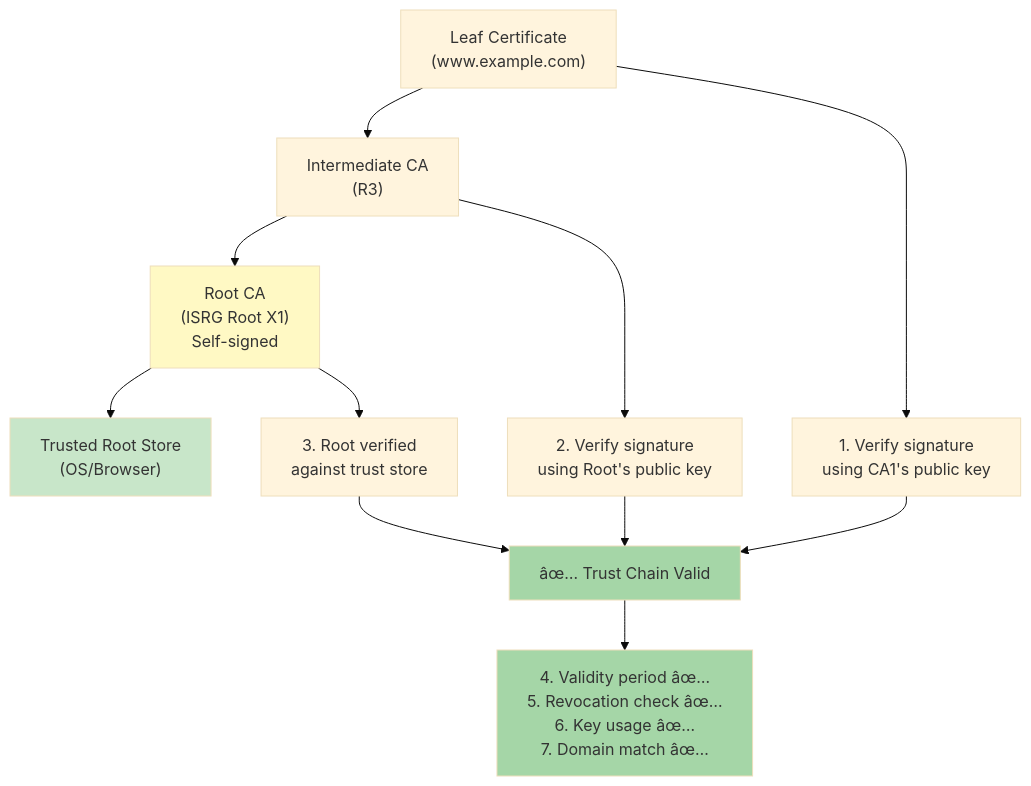
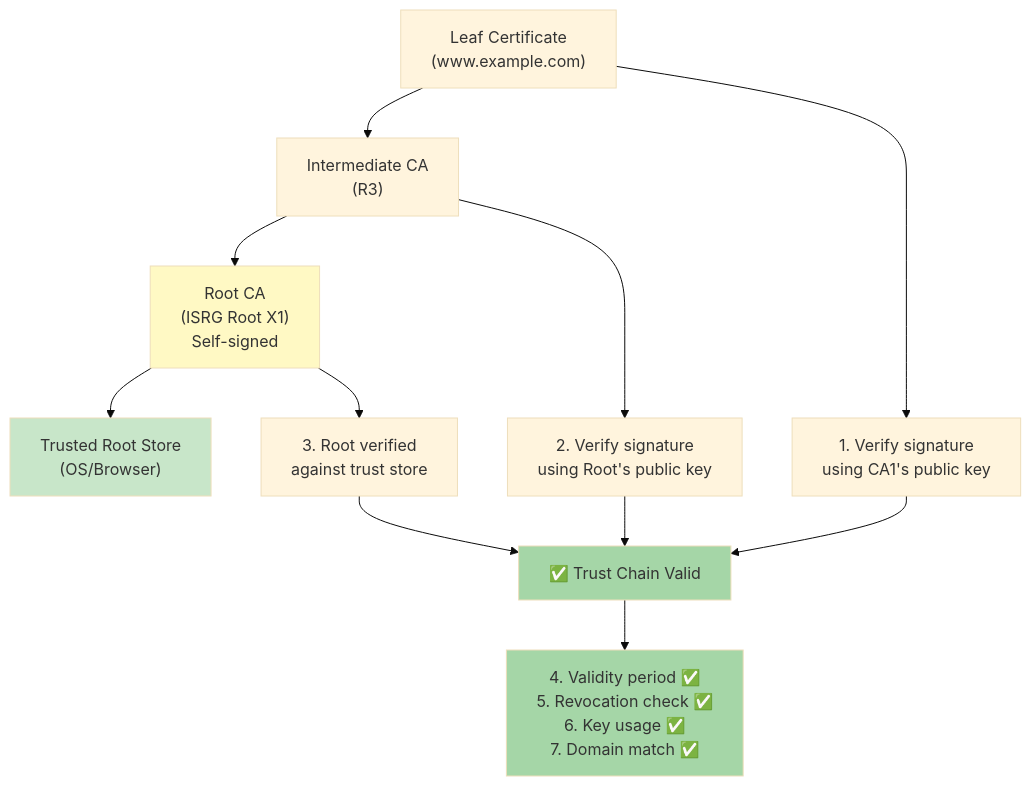
The second of 4 diagrams in docs/courses/information-security/04-digital-signatures-pki.md (Raushan666java/ai-engineering-journey), drawn with Mermaid (base theme) before and after one commit. The commit also changed other lines of this file and 965 other files, not shown here.

````diff
--- a/docs/courses/information-security/04-digital-signatures-pki.md
+++ b/docs/courses/information-security/04-digital-signatures-pki.md
@@ -171,17 +171,17 @@
 ```mermaid
 flowchart TD
     Leaf["Leaf Certificate<br/>(www.example.com)"] --> CA1["Intermediate CA<br/>(R3)"]
     CA1 --> Root["Root CA<br/>(ISRG Root X1)<br/>Self-signed"]
     Root --> Trust["Trusted Root Store<br/>(OS/Browser)"]
     Leaf --> V1["1. Verify signature<br/>using CA1's public key"]
     CA1 --> V2["2. Verify signature<br/>using Root's public key"]
     Root --> V3["3. Root verified<br/>against trust store"]
-    V1 --> Chain["âœ… Trust Chain Valid"]
+    V1 --> Chain["✅ Trust Chain Valid"]
     V2 --> Chain
     V3 --> Chain
-    Chain --> Check["4. Validity period âœ…<br/>5. Revocation check âœ…<br/>6. Key usage âœ…<br/>7. Domain match âœ…"]
+    Chain --> Check["4. Validity period ✅<br/>5. Revocation check ✅<br/>6. Key usage ✅<br/>7. Domain match ✅"]
     style Root fill:#fff9c4
     style Trust fill:#c8e6c9
     style Chain fill:#a5d6a7
     style Check fill:#a5d6a7
 ```
````
